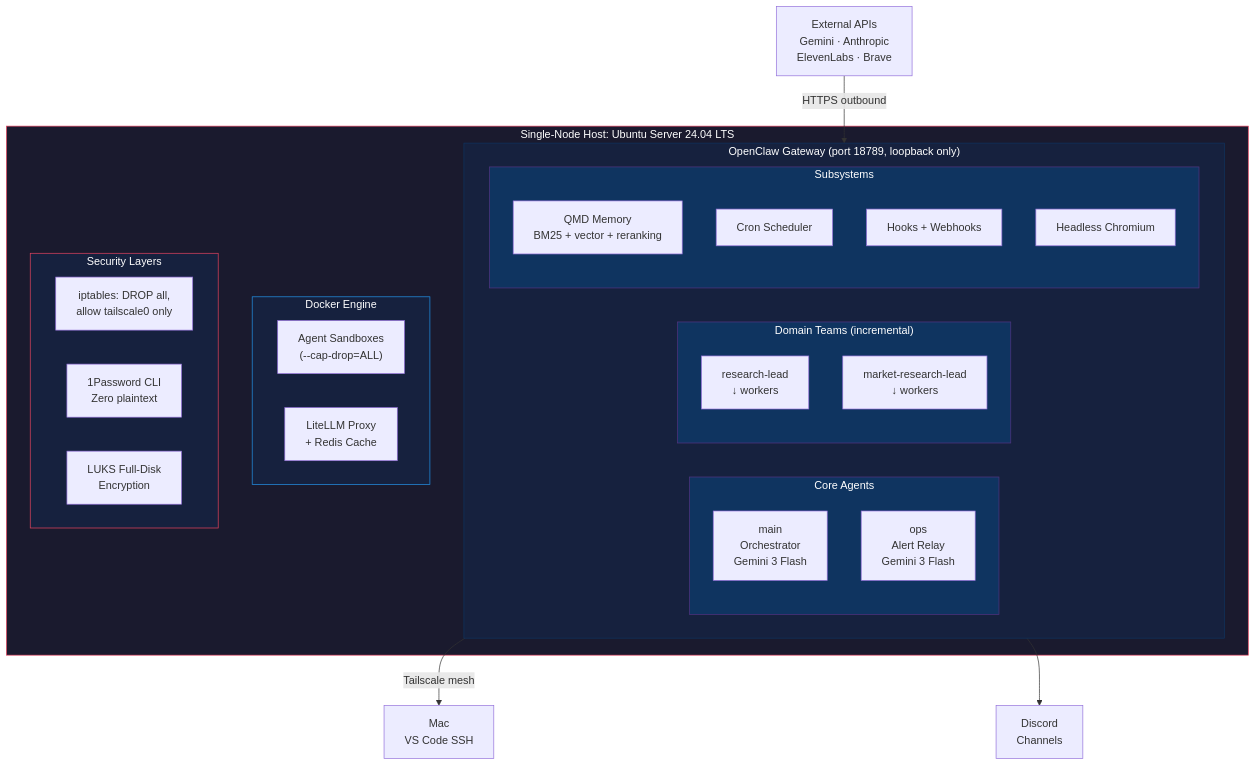
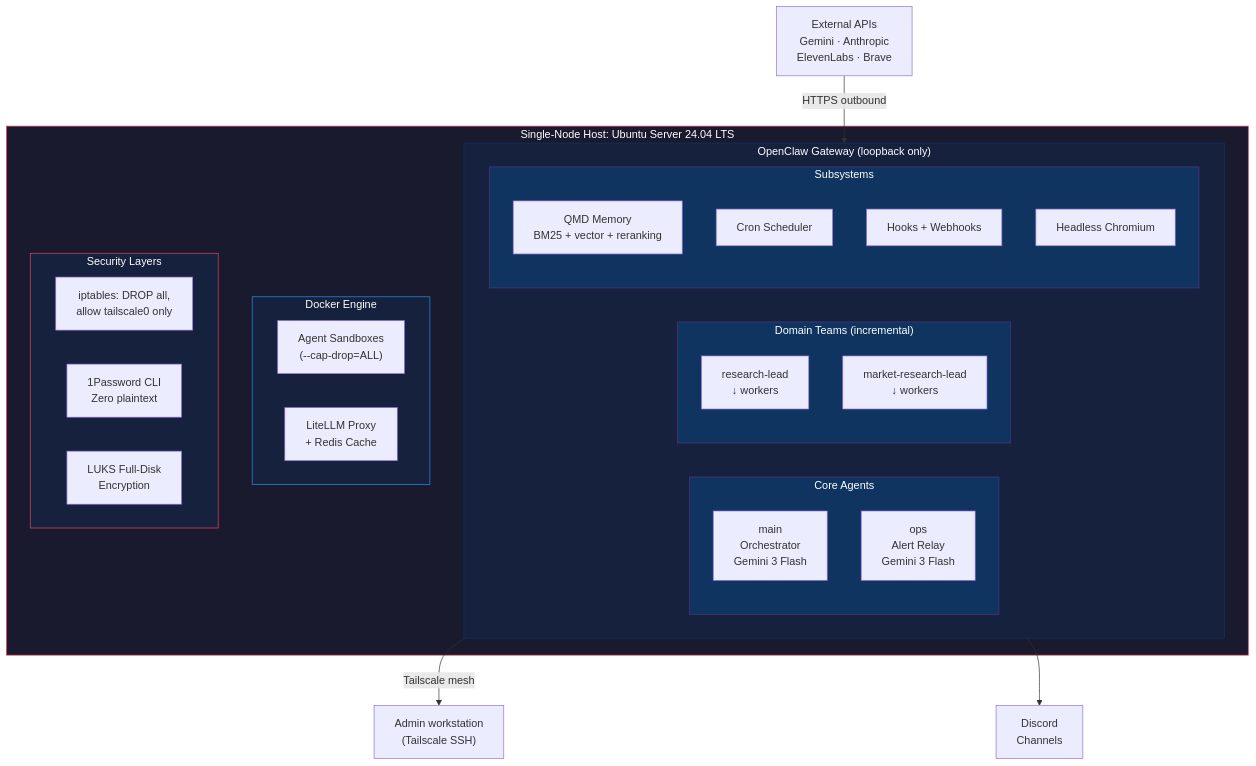
Before and after one commit to AIJSAI/hive-showcase: the diagram in README.md, drawn with Mermaid. The commit also changed other lines of this file, not shown here.

````diff
--- a/README.md
+++ b/README.md
@@ -23,42 +23,42 @@
 ```mermaid
 graph TB
     subgraph Host["Single-Node Host: Ubuntu Server 24.04 LTS"]
-        subgraph Gateway["OpenClaw Gateway (port 18789, loopback only)"]
+        subgraph Gateway["OpenClaw Gateway (loopback only)"]
             subgraph Core["Core Agents"]
                 main["main<br/>Orchestrator<br/>Gemini 3 Flash"]
                 ops["ops<br/>Alert Relay<br/>Gemini 3 Flash"]
             end
             subgraph Teams["Domain Teams (incremental)"]
                 research["research-lead<br/>↓ workers"]
                 market["market-research-lead<br/>↓ workers"]
             end
             subgraph Subs["Subsystems"]
                 qmd["QMD Memory<br/>BM25 + vector + reranking"]
                 cron["Cron Scheduler"]
                 hooks["Hooks + Webhooks"]
                 chromium["Headless Chromium"]
             end
         end
         subgraph Docker["Docker Engine"]
             sandbox["Agent Sandboxes<br/>(--cap-drop=ALL)"]
             litellm["LiteLLM Proxy<br/>+ Redis Cache"]
         end
         subgraph Security["Security Layers"]
             ipt["iptables: DROP all,<br/>allow tailscale0 only"]
             op["1Password CLI<br/>Zero plaintext"]
             luks["LUKS Full-Disk<br/>Encryption"]
         end
     end
 
     APIs["External APIs<br/>Gemini · Anthropic<br/>ElevenLabs · Brave"] -->|HTTPS outbound| Gateway
-    Gateway -->|Tailscale mesh| Mac["Mac<br/>VS Code SSH"]
+    Gateway -->|Tailscale mesh| Mac["Admin workstation<br/>(Tailscale SSH)"]
     Gateway --> Discord["Discord<br/>Channels"]
 
     style Host fill:#1a1a2e,stroke:#e94560,color:#fff
     style Gateway fill:#16213e,stroke:#0f3460,color:#fff
     style Core fill:#0f3460,stroke:#533483,color:#fff
     style Teams fill:#0f3460,stroke:#533483,color:#fff
     style Subs fill:#0f3460,stroke:#533483,color:#fff
     style Docker fill:#16213e,stroke:#2496ED,color:#fff
     style Security fill:#16213e,stroke:#e94560,color:#fff
 ```
````
